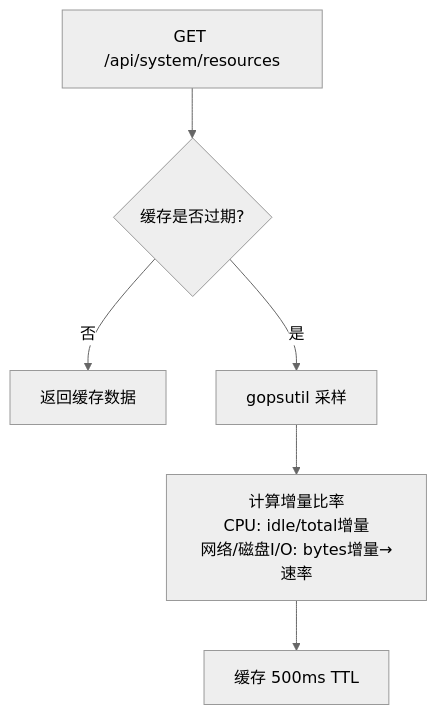
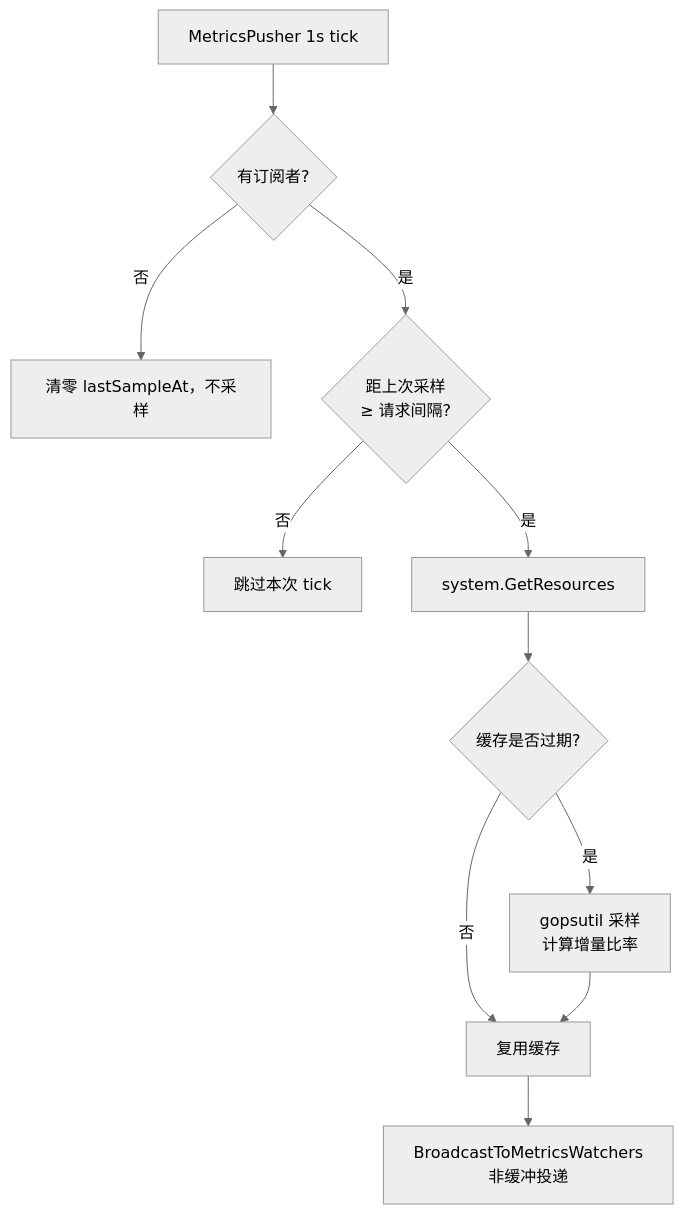
One commit to clawbench-dev/clawbench changed the first of 2 diagrams in docs/spec/infra/system-resources.md. Above: the diagram before and after it, drawn with Mermaid (neutral theme). The commit also changed other lines of this file and 22 other files, not shown here.

````diff
--- a/docs/spec/infra/system-resources.md
+++ b/docs/spec/infra/system-resources.md
@@ -9,8 +9,13 @@
 ```mermaid
 flowchart TD
-    A[GET /api/system/resources] --> B{缓存是否过期?}
-    B -->|否| C[返回缓存数据]
-    B -->|是| D[gopsutil 采样]
-    D --> E[计算增量比率<br/>CPU: idle/total增量<br/>网络/磁盘I/O: bytes增量→速率]
-    E --> F[缓存 500ms TTL]
+    A[MetricsPusher 1s tick] --> B{有订阅者?}
+    B -->|否| C[清零 lastSampleAt，不采样]
+    B -->|是| D{距上次采样<br/>≥ 请求间隔?}
+    D -->|否| C2[跳过本次 tick]
+    D -->|是| E[system.GetResources]
+    E --> F{缓存是否过期?}
+    F -->|否| G[复用缓存]
+    F -->|是| H[gopsutil 采样<br/>计算增量比率]
+    H --> G
+    G --> I[BroadcastToMetricsWatchers<br/>非缓冲投递]
 ```
````
